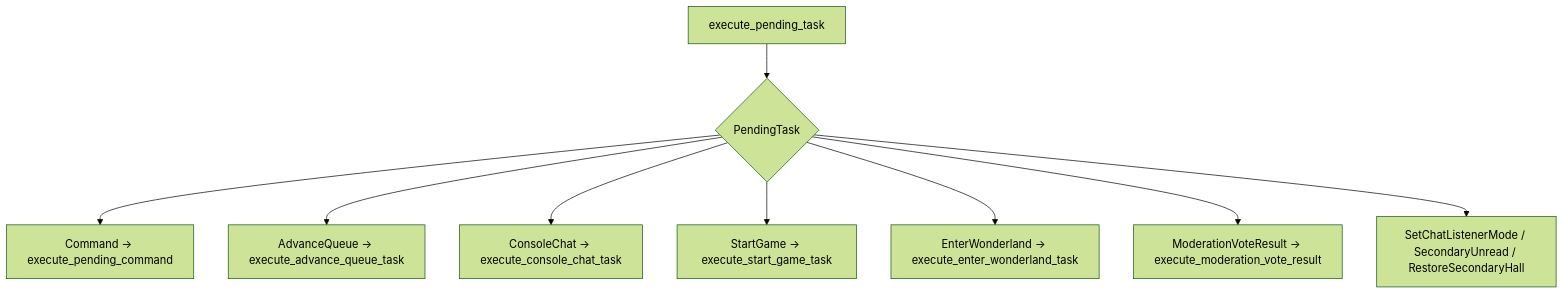
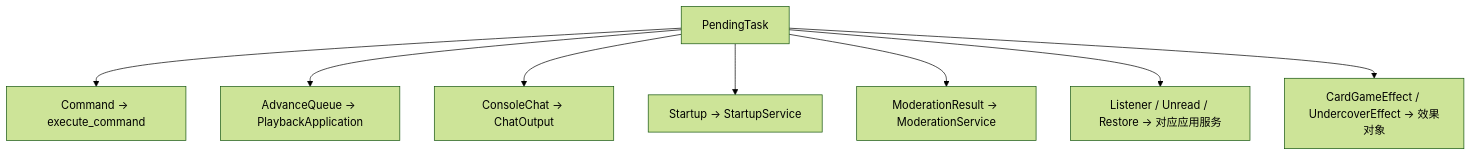
The second of 3 diagrams in docs/executor-flow.md (XingNian-www/Miliastra-Wonderland-Music), drawn with Mermaid (forest theme) before and after one commit. The commit also changed other lines of this file and 105 other files, not shown here.

Commit message:
refactor: finish v2 architecture migration

````diff
--- a/docs/executor-flow.md
+++ b/docs/executor-flow.md
@@ -155,11 +95,10 @@
 ```mermaid
 flowchart TD
-    A["execute_pending_task"] --> B{"PendingTask"}
-    B --> C["Command -> execute_pending_command"]
-    B --> D["AdvanceQueue -> execute_advance_queue_task"]
-    B --> E["ConsoleChat -> execute_console_chat_task"]
-    B --> F["StartGame -> execute_start_game_task"]
-    B --> G["EnterWonderland -> execute_enter_wonderland_task"]
-    B --> H["ModerationVoteResult -> execute_moderation_vote_result"]
-    B --> I["SetChatListenerMode / SecondaryUnread / RestoreSecondaryHall"]
+    A["PendingTask"] --> B["Command → execute_command"]
+    A --> C["AdvanceQueue → PlaybackApplication"]
+    A --> D["ConsoleChat → ChatOutput"]
+    A --> E["Startup → StartupService"]
+    A --> F["ModerationResult → ModerationService"]
+    A --> G["Listener / Unread / Restore → 对应应用服务"]
+    A --> H["CardGameEffect / UndercoverEffect → 效果对象"]
 ```
````
